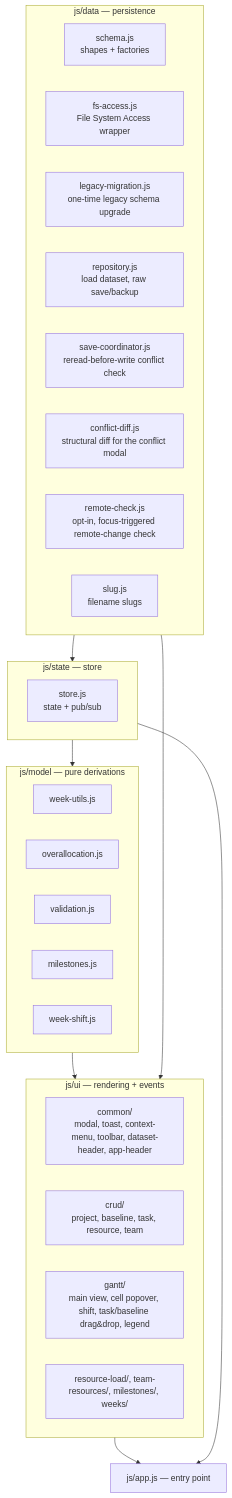
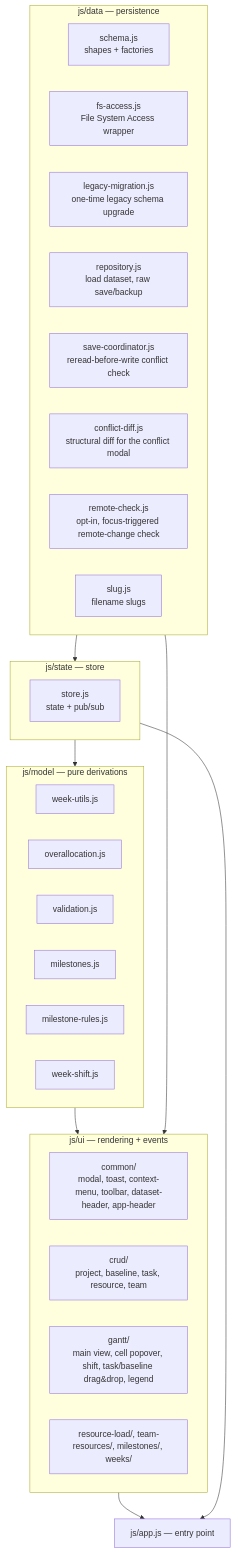
One commit to alexscarcella/Weavo changed the first of 2 diagrams in docs/architecture.md. Above: the diagram before and after it, drawn with Mermaid. The commit also changed other lines of this file and 40 other files, not shown here.

````diff
--- a/docs/architecture.md
+++ b/docs/architecture.md
@@ -31,37 +31,38 @@
 ```mermaid
 flowchart TB
     subgraph data["js/data — persistence"]
         schema["schema.js\nshapes + factories"]
         fsaccess["fs-access.js\nFile System Access wrapper"]
         legacymig["legacy-migration.js\none-time legacy schema upgrade"]
         repository["repository.js\nload dataset, raw save/backup"]
         savecoord["save-coordinator.js\nreread-before-write conflict check"]
         conflictdiff["conflict-diff.js\nstructural diff for the conflict modal"]
         remotecheck["remote-check.js\nopt-in, focus-triggered remote-change check"]
         slug["slug.js\nfilename slugs"]
     end
     subgraph state["js/state — store"]
         store["store.js\nstate + pub/sub"]
     end
     subgraph model["js/model — pure derivations"]
         weekutils["week-utils.js"]
         overalloc["overallocation.js"]
         validation["validation.js"]
         milestones["milestones.js"]
+        msrules["milestone-rules.js"]
         weekshift["week-shift.js"]
     end
     subgraph ui["js/ui — rendering + events"]
         common["common/\nmodal, toast, context-menu, toolbar, dataset-header, app-header"]
         crud["crud/\nproject, baseline, task, resource, team"]
         gantt["gantt/\nmain view, cell popover, shift, task/baseline drag&amp;drop, legend"]
         other["resource-load/, team-resources/, milestones/, weeks/"]
     end
     app["js/app.js — entry point"]
 
     data --> state
     state --> model
     model --> ui
     data --> ui
     ui --> app
     state --> app
 ```
````
